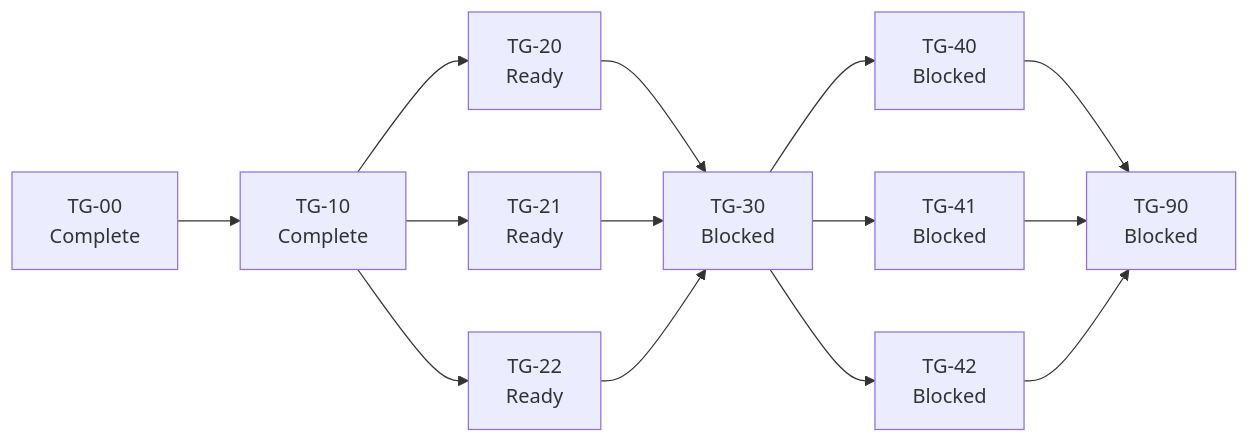
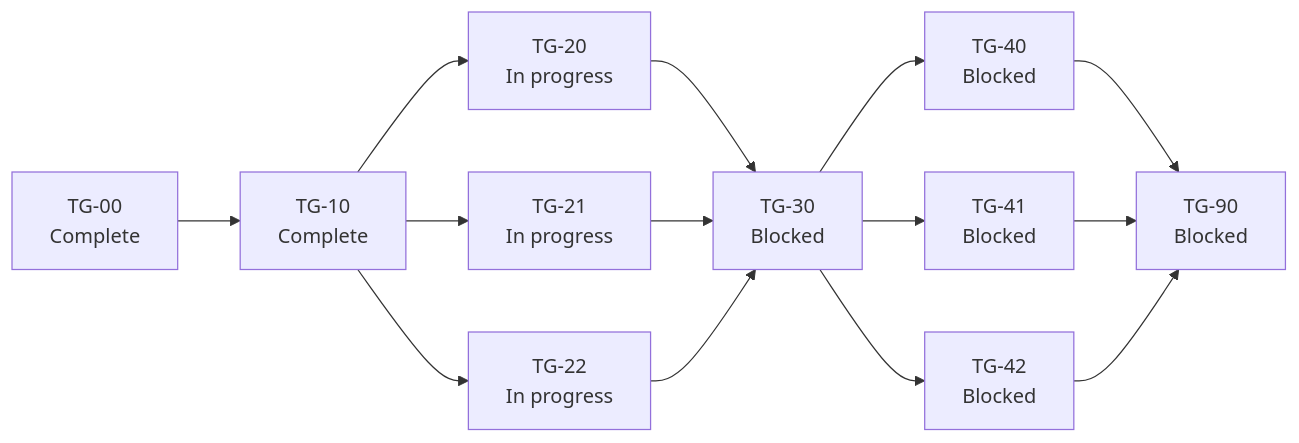
The diagram in docs/plans/phases/terminal-groups/manifest.md (vatsalsaglani/rafu), drawn with Mermaid before and after one commit. The commit also changed other lines of this file, not shown here.

Commit message:
docs: start terminal groups wave two

````diff
--- a/docs/plans/phases/terminal-groups/manifest.md
+++ b/docs/plans/phases/terminal-groups/manifest.md
@@ -9,27 +9,27 @@
 ```mermaid
 flowchart LR
     D["TG-00<br/>Complete"]
     C["TG-10<br/>Complete"]
-    R["TG-20<br/>Ready"]
-    V["TG-21<br/>Ready"]
-    S["TG-22<br/>Ready"]
+    R["TG-20<br/>In progress"]
+    V["TG-21<br/>In progress"]
+    S["TG-22<br/>In progress"]
     W["TG-30<br/>Blocked"]
     M["TG-40<br/>Blocked"]
     K["TG-41<br/>Blocked"]
     A["TG-42<br/>Blocked"]
     Q["TG-90<br/>Blocked"]
 
     D --> C
     C --> R
     C --> V
     C --> S
     R --> W
     V --> W
     S --> W
     W --> M
     W --> K
     W --> A
     M --> Q
     K --> Q
     A --> Q
 ```
````
